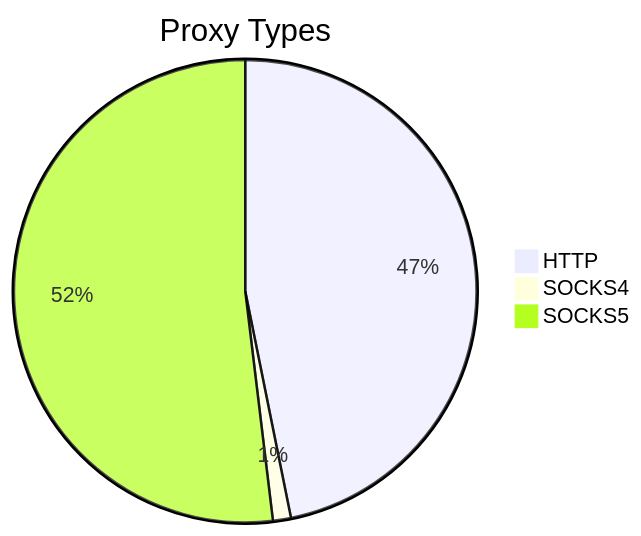
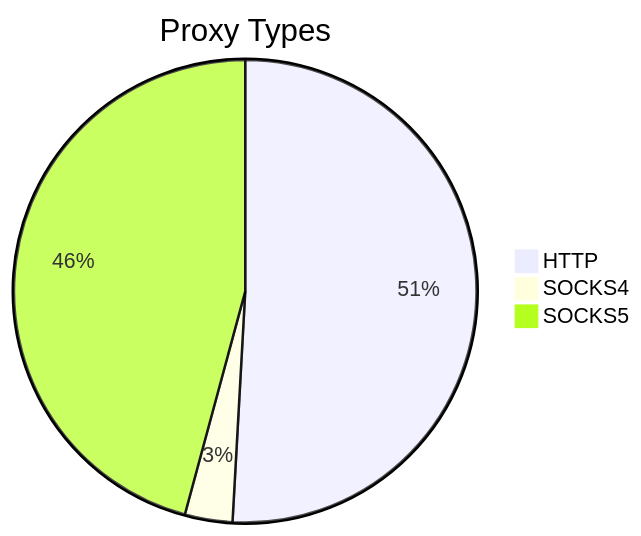
One commit to stormsia/proxy-list changed the first of 2 diagrams in README.md. Above: the diagram before and after it, drawn with Mermaid. The commit also changed other lines of this file, not shown here.

````diff
--- a/README.md
+++ b/README.md
@@ -21,6 +21,6 @@
 ```mermaid
 pie title Proxy Types
-    "HTTP" : 893
-    "SOCKS4" : 24
-    "SOCKS5" : 990
+    "HTTP" : 1101
+    "SOCKS4" : 72
+    "SOCKS5" : 991
 ```
````
